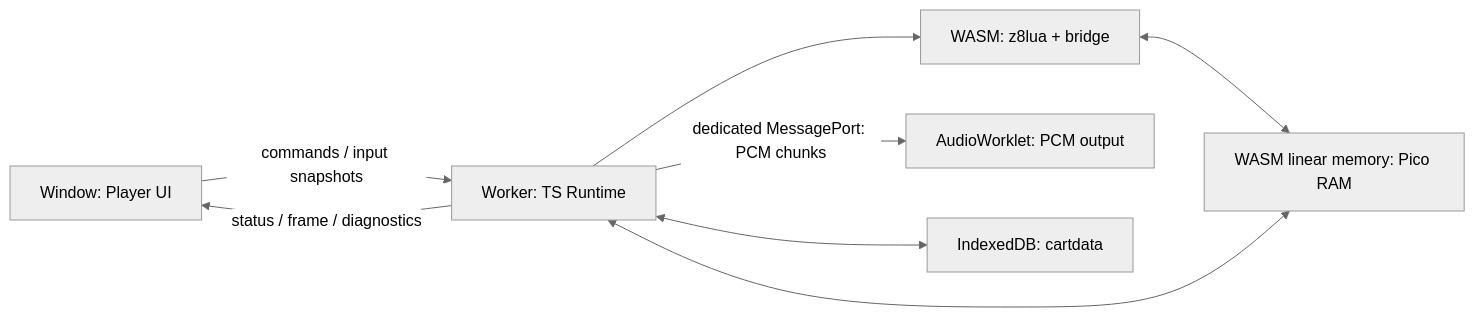
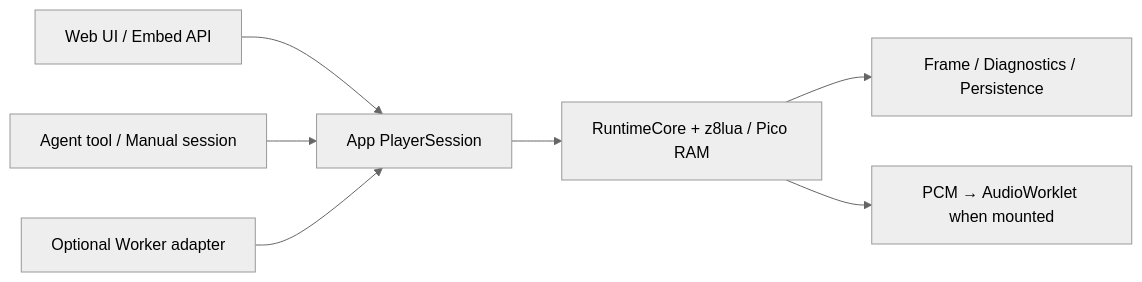
One commit to boxuechen/pico8-player changed the first of 2 diagrams in docs/02-system-architecture.md. Above: the diagram before and after it, drawn with Mermaid (neutral theme). The commit also changed other lines of this file and 60 other files, not shown here.

````diff
--- a/docs/02-system-architecture.md
+++ b/docs/02-system-architecture.md
@@ -23,16 +25,9 @@
 ```mermaid
 flowchart LR
-    UI["Window: Player UI"]
-    W["Worker: TS Runtime"]
-    VM["WASM: z8lua + bridge"]
-    RAM["WASM linear memory: Pico RAM"]
-    AW["AudioWorklet: PCM output"]
-    DB["IndexedDB: cartdata"]
-    UI -->|"commands / input snapshots"| W
-    W -->|"status / frame / diagnostics"| UI
-    W --> VM
-    VM <--> RAM
-    W <--> RAM
-    W -->|"dedicated MessagePort: PCM chunks"| AW
-    W <--> DB
+    UI["Web UI / Embed API"] --> Session["App PlayerSession"]
+    Tool["Agent tool / Manual session"] --> Session
+    Session --> Core["RuntimeCore + z8lua / Pico RAM"]
+    Core --> View["Frame / Diagnostics / Persistence"]
+    Core --> PCM["PCM → AudioWorklet when mounted"]
+    Optional["Optional Worker adapter"] --> Session
 ```
````
